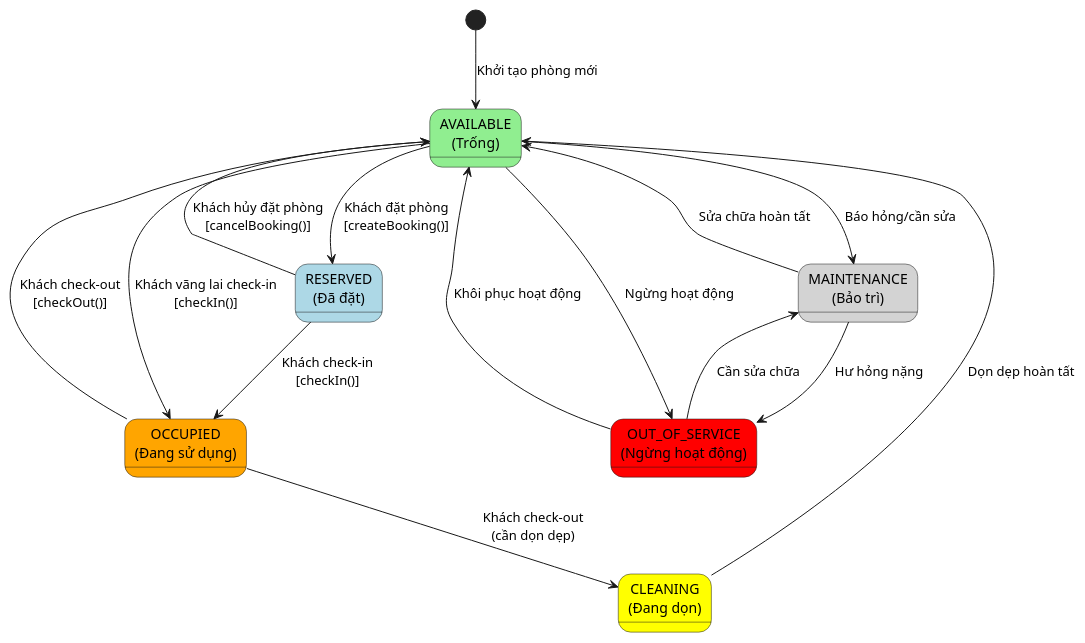
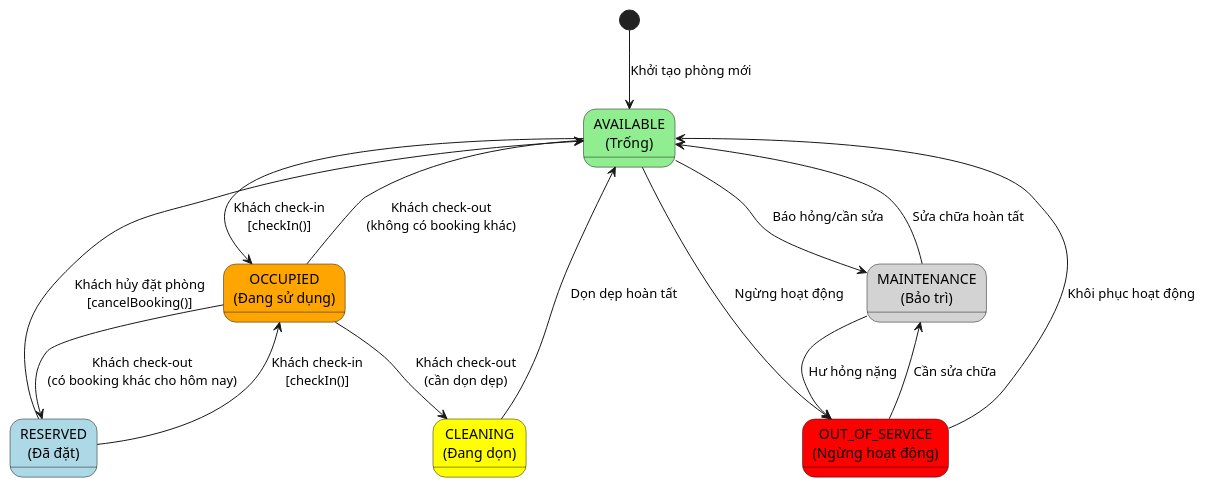
One commit to gnauqoa/roommaster-be changed the third of 11 diagrams in reports/3-PhanTich.md. Above: the diagram before and after it, drawn with PlantUML. The commit also changed other lines of this file, not shown here.

````diff
--- a/reports/3-PhanTich.md
+++ b/reports/3-PhanTich.md
@@ -920,41 +1169,41 @@
 ```plantuml
 @startuml
 skinparam state {
   BackgroundColor<<available>> LightGreen
   BackgroundColor<<reserved>> LightBlue
   BackgroundColor<<occupied>> Orange
   BackgroundColor<<cleaning>> Yellow
   BackgroundColor<<maintenance>> LightGray
   BackgroundColor<<outofservice>> Red
 }
 
 [*] --> AVAILABLE : Khởi tạo phòng mới
 
 state "AVAILABLE\n(Trống)" as AVAILABLE <<available>>
 state "RESERVED\n(Đã đặt)" as RESERVED <<reserved>>
 state "OCCUPIED\n(Đang sử dụng)" as OCCUPIED <<occupied>>
 state "CLEANING\n(Đang dọn)" as CLEANING <<cleaning>>
 state "MAINTENANCE\n(Bảo trì)" as MAINTENANCE <<maintenance>>
 state "OUT_OF_SERVICE\n(Ngừng hoạt động)" as OUT_OF_SERVICE <<outofservice>>
 
-AVAILABLE --> RESERVED : Khách đặt phòng\n[createBooking()]
-AVAILABLE --> OCCUPIED : Khách vãng lai check-in\n[checkIn()]
+AVAILABLE --> OCCUPIED : Khách check-in\n[checkIn()]
 AVAILABLE --> MAINTENANCE : Báo hỏng/cần sửa
 AVAILABLE --> OUT_OF_SERVICE : Ngừng hoạt động
 
 RESERVED --> OCCUPIED : Khách check-in\n[checkIn()]
 RESERVED --> AVAILABLE : Khách hủy đặt phòng\n[cancelBooking()]
 
-OCCUPIED --> AVAILABLE : Khách check-out\n[checkOut()]
+OCCUPIED --> AVAILABLE : Khách check-out\n(không có booking khác)
+OCCUPIED --> RESERVED : Khách check-out\n(có booking khác cho hôm nay)
 OCCUPIED --> CLEANING : Khách check-out\n(cần dọn dẹp)
 
 CLEANING --> AVAILABLE : Dọn dẹp hoàn tất
 
 MAINTENANCE --> AVAILABLE : Sửa chữa hoàn tất
 MAINTENANCE --> OUT_OF_SERVICE : Hư hỏng nặng
 
 OUT_OF_SERVICE --> AVAILABLE : Khôi phục hoạt động
 OUT_OF_SERVICE --> MAINTENANCE : Cần sửa chữa
 
 @enduml
 ```
````
